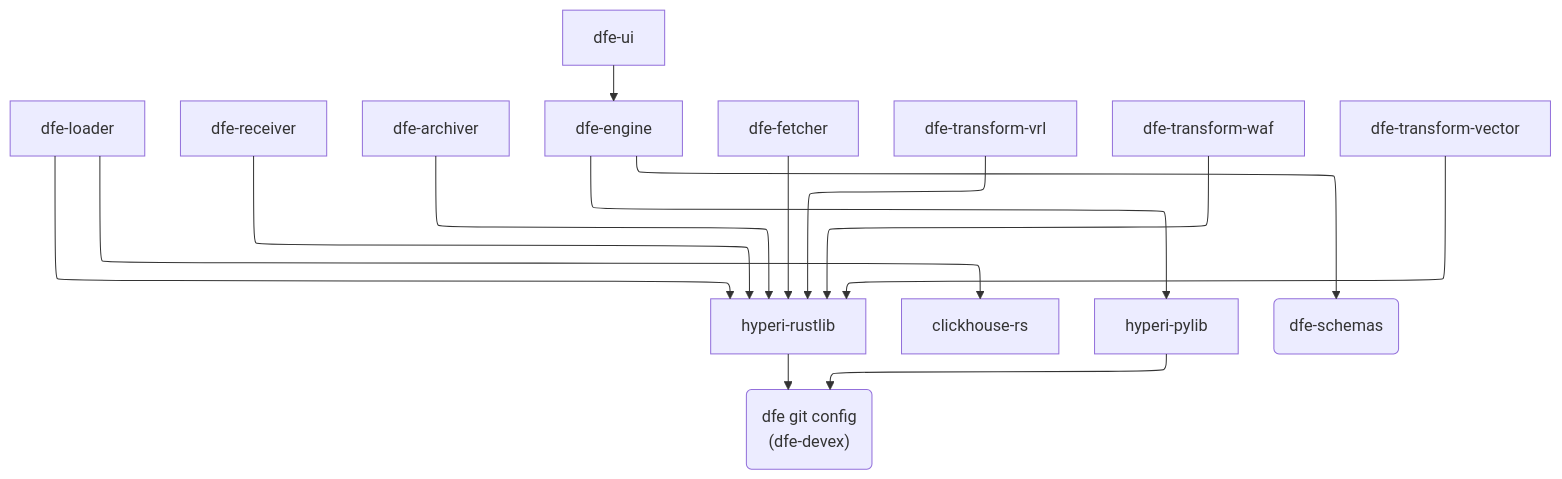
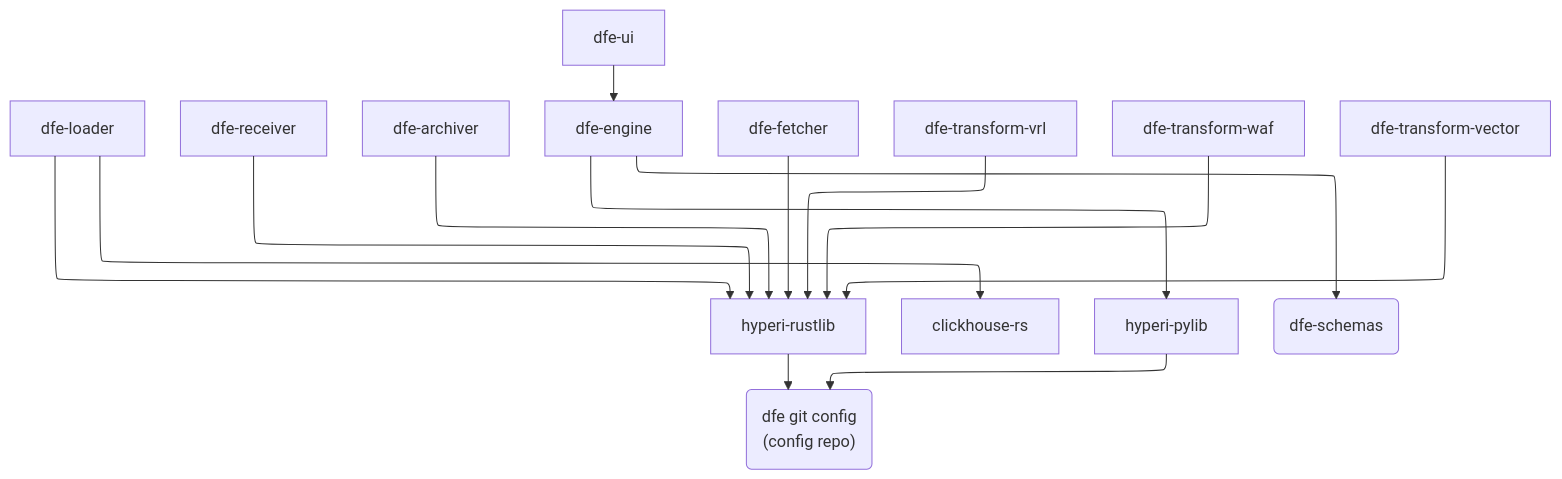
The diagram in docs/archive/tl-architecture1.mermaid (hyperi-io/dfe-infra), drawn with Mermaid before and after one commit. The commit also changed 23 other files, not shown here.

```diff
--- a/docs/archive/tl-architecture1.mermaid
+++ b/docs/archive/tl-architecture1.mermaid
@@ -1,31 +1,31 @@
 ---
 config:
   layout: elk
 ---
 flowchart TB
     n1["dfe-loader"] --> n11["hyperi-rustlib"] & n12["clickhouse-rs"]
     n2["dfe-receiver"] --> n11
     n3["dfe-archiver"] --> n11
     n9["dfe-ui"] --> n4["dfe-engine"]
     n4 --> n10["hyperi-pylib"] & n13["dfe-schemas"]
     n5["dfe-fetcher"] --> n11
     n6["dfe-transform-vrl"] --> n11
     n7["dfe-transform-waf"] --> n11
     n8["dfe-transform-vector"] --> n11
-    n11 --> n14["dfe git config<br>(dfe-devex)"]
+    n11 --> n14["dfe git config<br>(config repo)"]
     n10 --> n14
 
     n1@{ shape: rect}
     n11@{ shape: rect}
     n12@{ shape: rect}
     n2@{ shape: rect}
     n3@{ shape: rect}
     n9@{ shape: rect}
     n4@{ shape: rect}
     n10@{ shape: rect}
     n13@{ shape: rounded}
     n5@{ shape: rect}
     n6@{ shape: rect}
     n7@{ shape: rect}
     n8@{ shape: rect}
     n14@{ shape: rounded}
```
